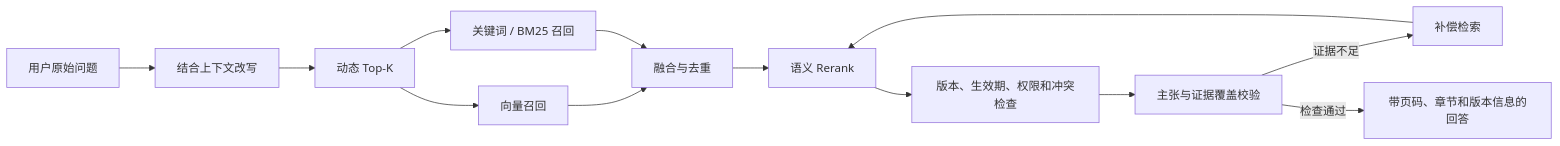
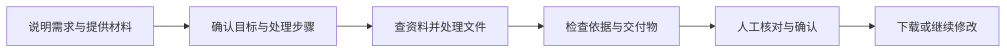
The diagram in README.md (DominicHongliDing/UniHR-AgentOS), drawn with Mermaid before and after one commit. The commit also changed other lines of this file and 4 other files, not shown here.

````diff
--- a/README.md
+++ b/README.md
@@ -113,15 +45,8 @@
 ```mermaid
 flowchart LR
-    Q[用户原始问题] --> W[结合上下文改写]
-    W --> D[动态 Top-K]
-    D --> H1[向量召回]
-    D --> H2[关键词 / BM25 召回]
-    H1 --> M[融合与去重]
-    H2 --> M
-    M --> RR[语义 Rerank]
-    RR --> V[版本、生效期、权限和冲突检查]
-    V --> E[主张与证据覆盖校验]
-    E -->|证据不足| RE[补偿检索]
-    RE --> RR
-    E -->|检查通过| A[带页码、章节和版本信息的回答]
+    A[说明需求与提供材料] --> B[确认目标与处理步骤]
+    B --> C[查资料并处理文件]
+    C --> D[检查依据与交付物]
+    D --> E[人工核对与确认]
+    E --> F[下载或继续修改]
 ```
````
